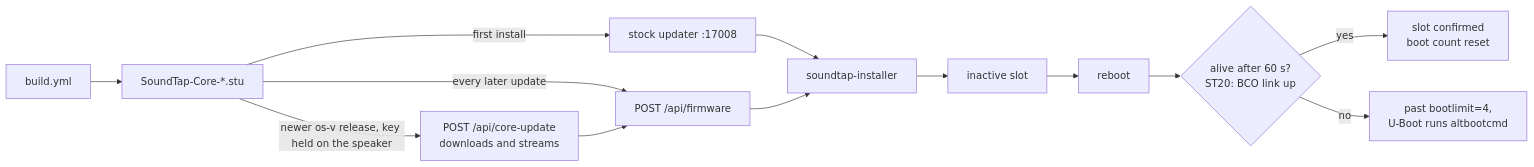
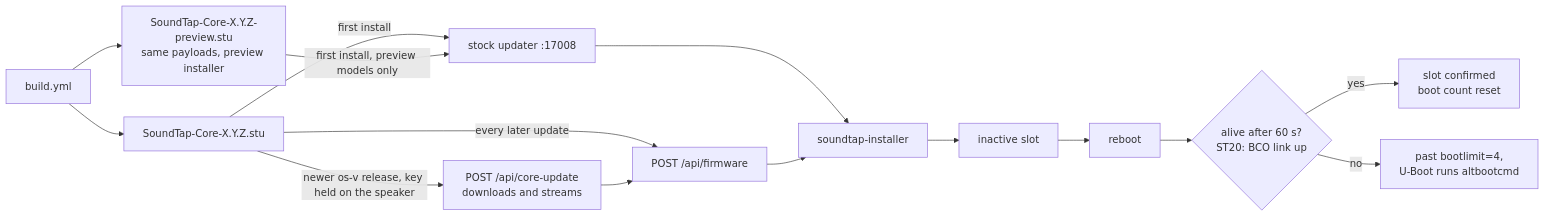
Before and after one commit to stein155/soundtap: the fourth of 9 diagrams in docs/contributors/design.md, drawn with Mermaid. The commit also changed other lines of this file and 174 other files, not shown here.

First line of the commit message:
feat: preview more SoundTouch models from Bose's own packages

````diff
--- a/docs/contributors/design.md
+++ b/docs/contributors/design.md
@@ -236,10 +257,12 @@
 ```mermaid
 flowchart LR
-  CI[build.yml] --> STU[SoundTap-Core-*.stu]
+  CI[build.yml] --> STU[SoundTap-Core-X.Y.Z.stu]
+  CI --> PRE["SoundTap-Core-X.Y.Z-preview.stu<br/>same payloads, preview installer"]
   STU -->|first install| S17[stock updater :17008] --> INST[soundtap-installer]
+  PRE -->|first install, preview models only| S17
   STU -->|every later update| API["POST /api/firmware"] --> INST
   STU -->|newer os-v release, key held on the speaker| CORE["POST /api/core-update<br/>downloads and streams"] --> API
   INST --> SLOT[inactive slot] --> RB[reboot] --> CONF{"alive after 60 s?<br/>ST20: BCO link up"}
   CONF -->|yes| OK["slot confirmed<br/>boot count reset"]
   CONF -->|no| FB["past bootlimit=4,<br/>U-Boot runs altbootcmd"]
 ```
````
